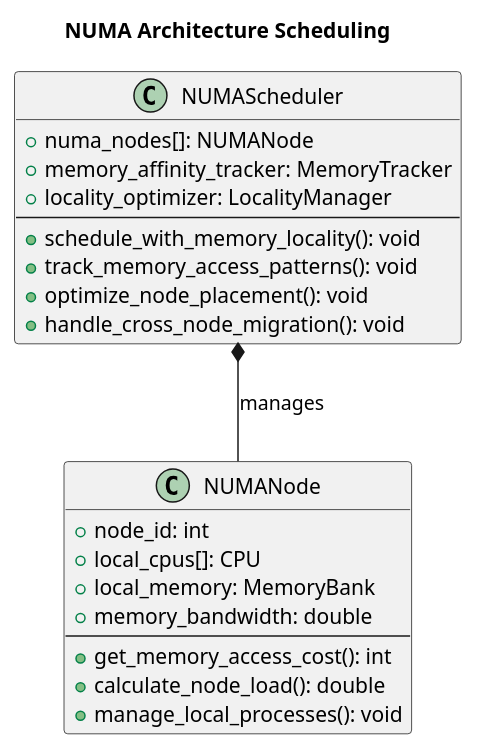
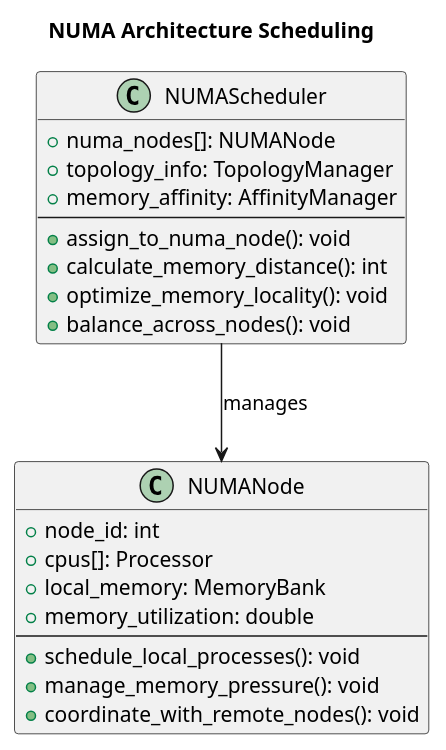
The second of 3 diagrams in Part-2/Ch-6-CPU-Scheduling/Multiprocessor-Scheduling.md (mohitmishra786/myJourneyOfBuildingOS), drawn with PlantUML before and after one commit. The commit also changed other lines of this file and 5 other files, not shown here.

````diff
--- a/Part-2/Ch-6-CPU-Scheduling/Multiprocessor-Scheduling.md
+++ b/Part-2/Ch-6-CPU-Scheduling/Multiprocessor-Scheduling.md
@@ -773,29 +587,29 @@
 ```plantuml
 @startuml
 title "NUMA Architecture Scheduling"
 
 class NUMAScheduler {
     +numa_nodes[]: NUMANode
-    +memory_affinity_tracker: MemoryTracker
-    +locality_optimizer: LocalityManager
+    +topology_info: TopologyManager
+    +memory_affinity: AffinityManager
     --
-    +schedule_with_memory_locality(): void
-    +track_memory_access_patterns(): void
-    +optimize_node_placement(): void
-    +handle_cross_node_migration(): void
+    +assign_to_numa_node(): void
+    +calculate_memory_distance(): int
+    +optimize_memory_locality(): void
+    +balance_across_nodes(): void
 }
 
 class NUMANode {
     +node_id: int
-    +local_cpus[]: CPU
+    +cpus[]: Processor
     +local_memory: MemoryBank
-    +memory_bandwidth: double
+    +memory_utilization: double
     --
-    +get_memory_access_cost(): int
-    +calculate_node_load(): double
-    +manage_local_processes(): void
+    +schedule_local_processes(): void
+    +manage_memory_pressure(): void
+    +coordinate_with_remote_nodes(): void
 }
 
-NUMAScheduler *-- NUMANode : manages
+NUMAScheduler --> NUMANode : manages
 @enduml
 ```
````
